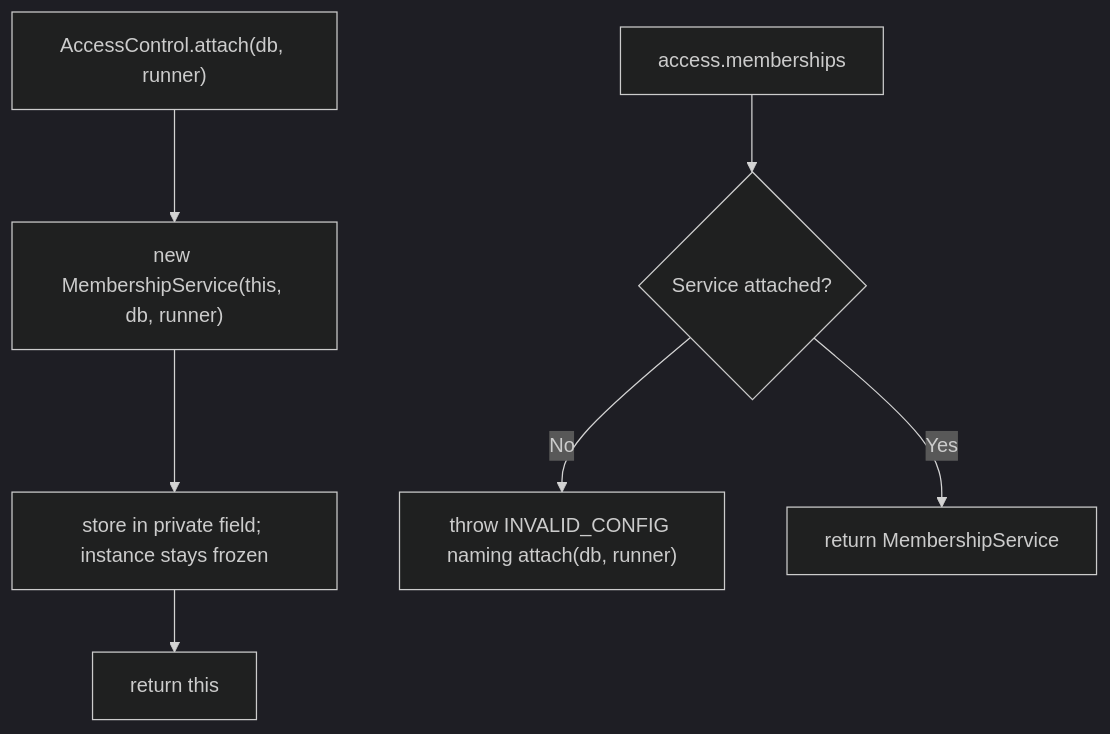
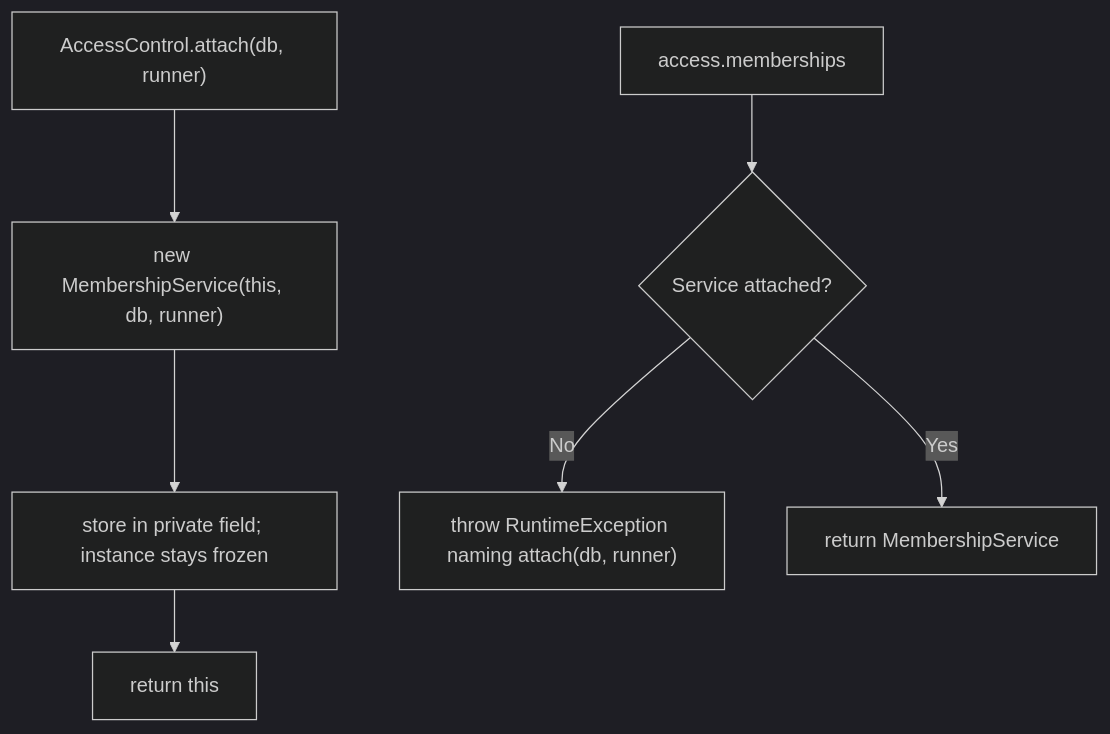
Before and after one commit to Kevinjohn/oss-adonisjs-access-control: the second of 2 diagrams in user-stories/US-ACCESS-28-attach-without-provider.md, drawn with Mermaid (dark theme). The commit also changed other lines of this file and 37 other files, not shown here.

````diff
--- a/user-stories/US-ACCESS-28-attach-without-provider.md
+++ b/user-stories/US-ACCESS-28-attach-without-provider.md
@@ -36,9 +36,9 @@
 ```mermaid
 flowchart TD
     A["AccessControl.attach(db, runner)"] --> B["new MembershipService(this, db, runner)"]
     B --> C["store in private field; instance stays frozen"]
     C --> D["return this"]
     E["access.memberships"] --> F{"Service attached?"}
-    F -->|No| G["throw INVALID_CONFIG naming attach(db, runner)"]
+    F -->|No| G["throw RuntimeException naming attach(db, runner)"]
     F -->|Yes| H["return MembershipService"]
 ```
````
